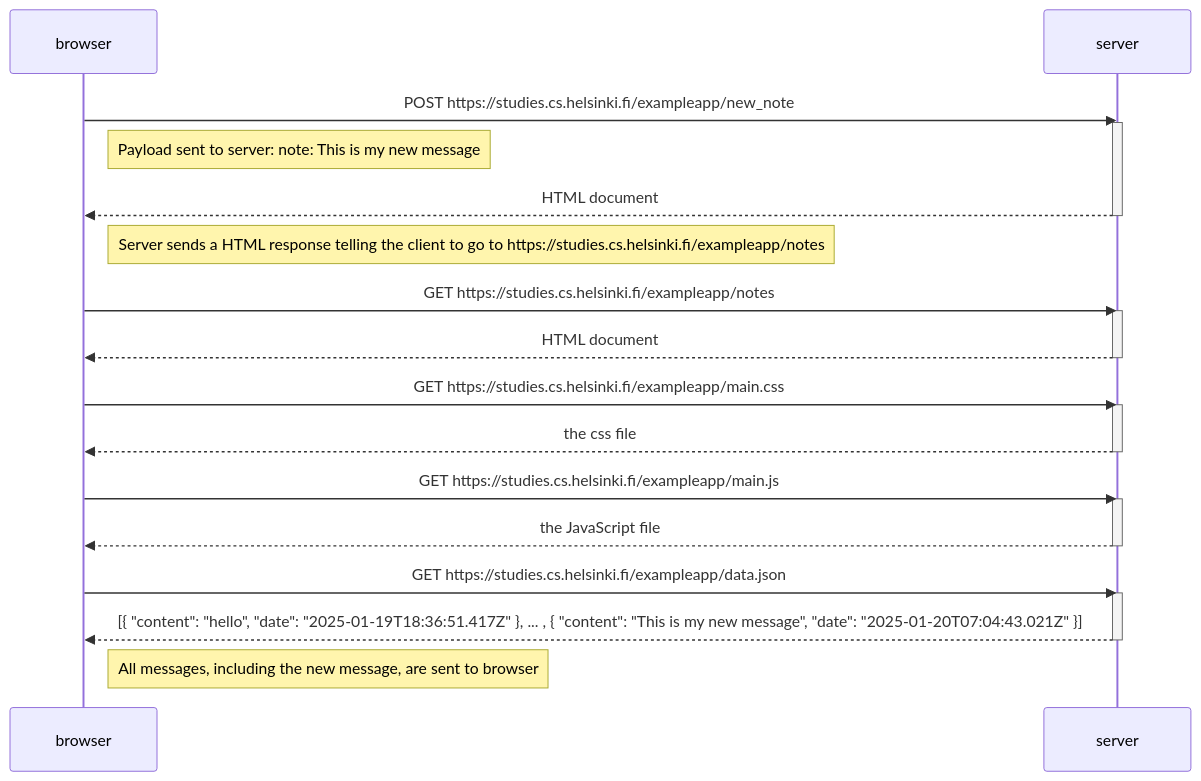
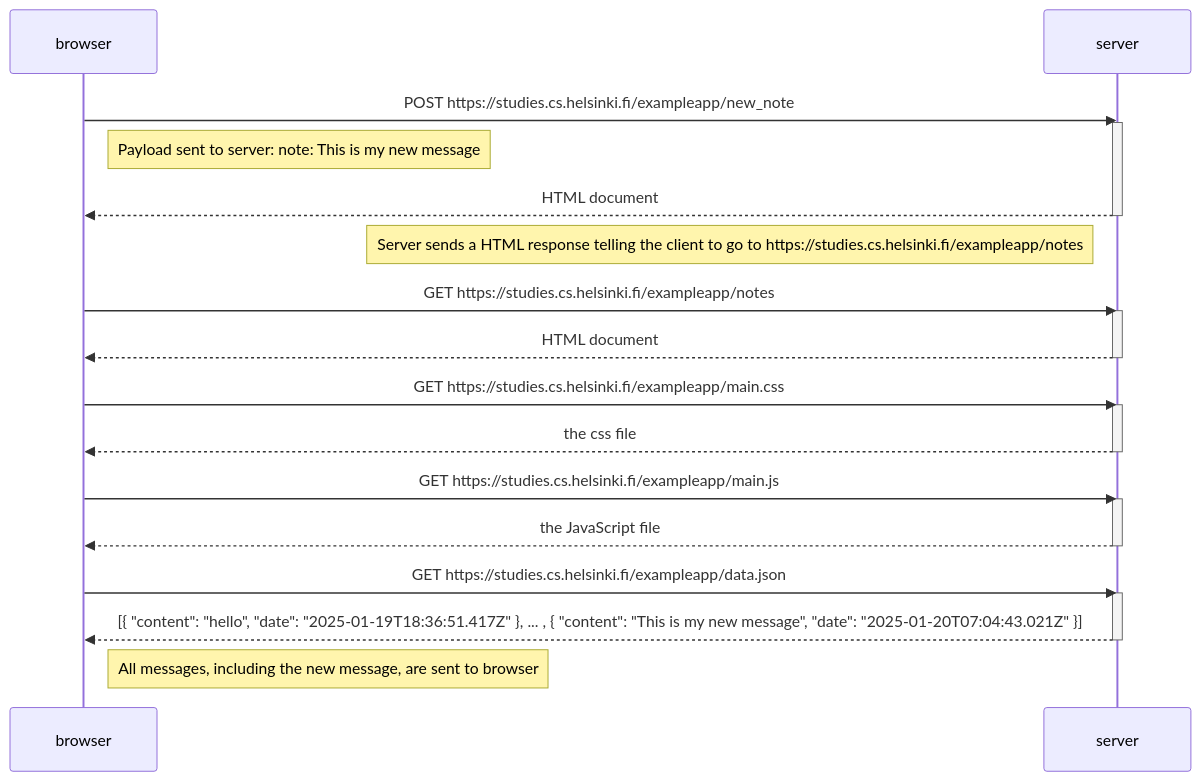
One commit to jkuusto/fullstackopen changed the diagram in osa0/4_uusi_muistiinpano.md. Above: the diagram before and after it, drawn with Mermaid.

Commit message:
Update 4_uusi_muistiinpano.md formatting

````diff
--- a/osa0/4_uusi_muistiinpano.md
+++ b/osa0/4_uusi_muistiinpano.md
@@ -1,37 +1,37 @@
 ```mermaid
 sequenceDiagram
     participant browser
     participant server
 
     browser->>server: POST https://studies.cs.helsinki.fi/exampleapp/new_note
     activate server
 
     Note right of browser: Payload sent to server: note: This is my new message
 
     server-->>browser: HTML document
     deactivate server
 
-    Note right of browser: Server sends a HTML response telling the client to go to https://studies.cs.helsinki.fi/exampleapp/notes
+    Note left of server: Server sends a HTML response telling the client to go to https://studies.cs.helsinki.fi/exampleapp/notes
     
     browser->>server: GET https://studies.cs.helsinki.fi/exampleapp/notes
     activate server
     server-->>browser: HTML document
     deactivate server
     
     browser->>server: GET https://studies.cs.helsinki.fi/exampleapp/main.css
     activate server
     server-->>browser: the css file
     deactivate server
     
     browser->>server: GET https://studies.cs.helsinki.fi/exampleapp/main.js
     activate server
     server-->>browser: the JavaScript file
     deactivate server
     
     browser->>server: GET https://studies.cs.helsinki.fi/exampleapp/data.json
     activate server
     server-->>browser: [{ "content": "hello", "date": "2025-01-19T18:36:51.417Z" }, ... , { "content": "This is my new message", "date": "2025-01-20T07:04:43.021Z" }]
     deactivate server
 
     Note right of browser: All messages, including the new message, are sent to browser
 ```
````
